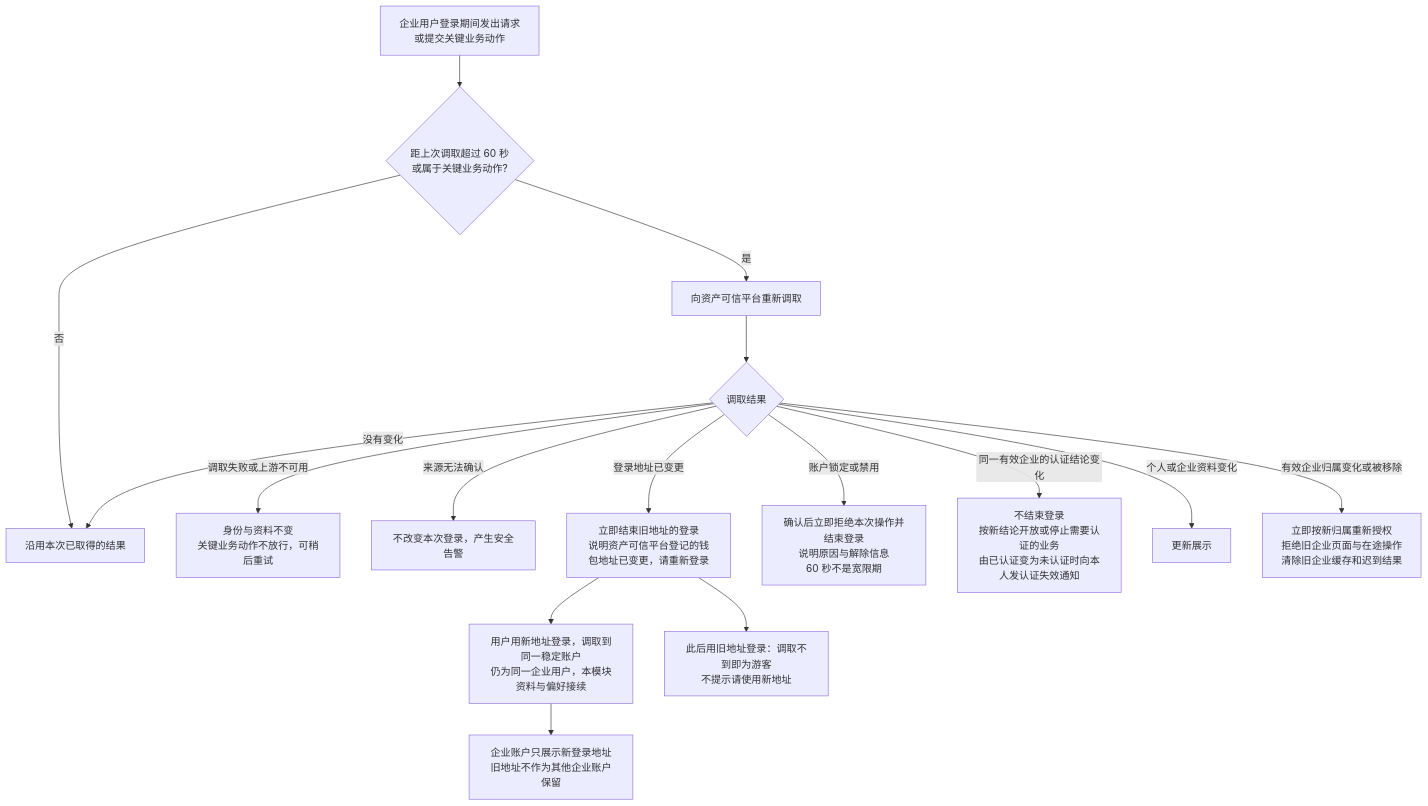
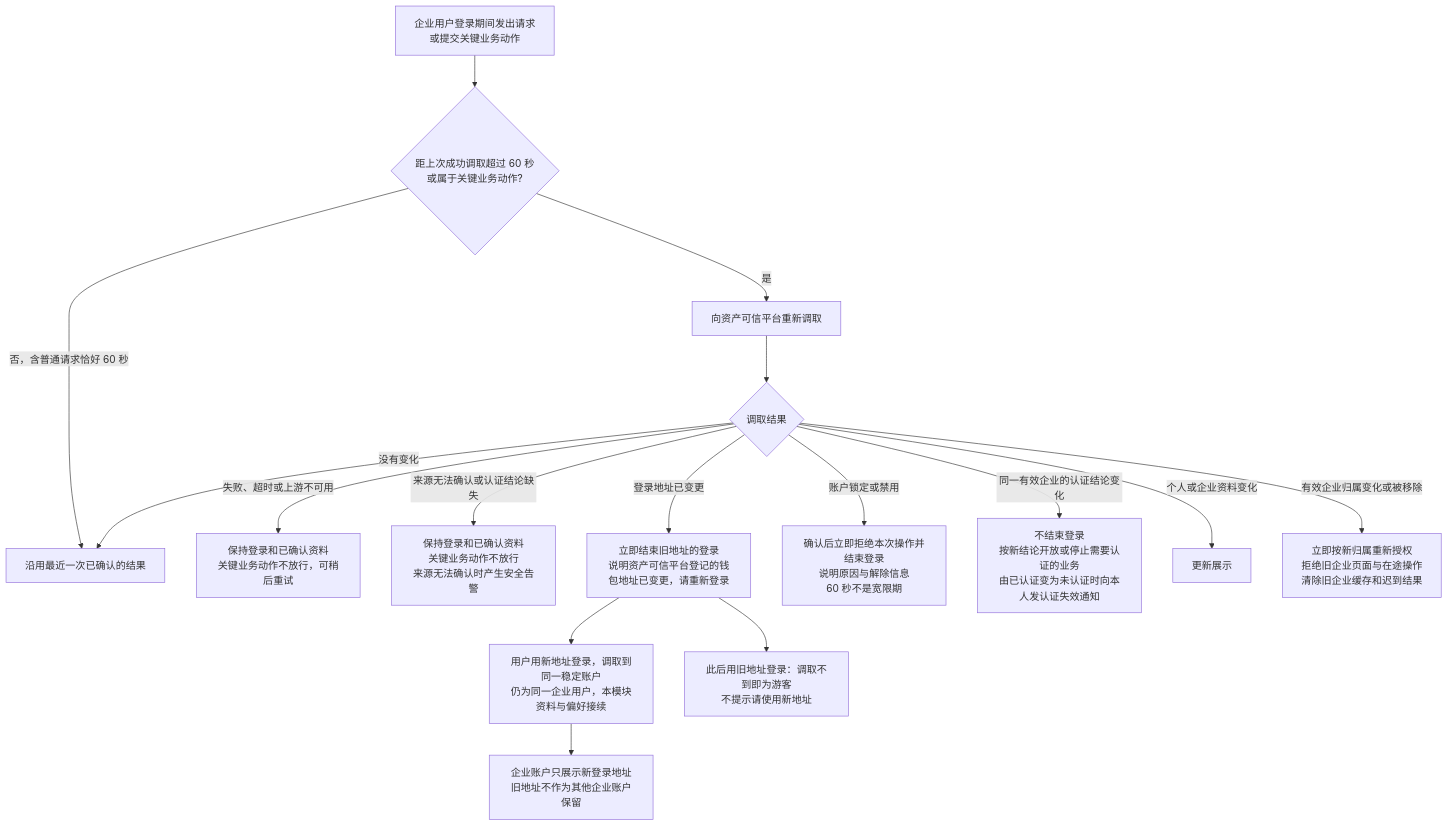
One commit to wxblockchain/Chain-Financing changed the third of 5 diagrams in token-issuance-platform/PRD/面客端/M1-企业登录与企业账户/02-企业登录与企业账户-流程图与状态机.md. Above: the diagram before and after it, drawn with Mermaid. The commit also changed other lines of this file and 2 other files, not shown here.

Commit message:
docs(WS-507): clarify M1 timing boundaries

````diff
--- a/token-issuance-platform/PRD/面客端/M1-企业登录与企业账户/02-企业登录与企业账户-流程图与状态机.md
+++ b/token-issuance-platform/PRD/面客端/M1-企业登录与企业账户/02-企业登录与企业账户-流程图与状态机.md
@@ -64,18 +64,18 @@
 ```mermaid
 flowchart TD
-    A[企业用户登录期间发出请求<br/>或提交关键业务动作] --> B{距上次调取超过 60 秒<br/>或属于关键业务动作?}
-    B -->|否| B1[沿用本次已取得的结果]
+    A[企业用户登录期间发出请求<br/>或提交关键业务动作] --> B{距上次成功调取超过 60 秒<br/>或属于关键业务动作?}
+    B -->|否，含普通请求恰好 60 秒| B1[沿用最近一次已确认的结果]
     B -->|是| C[向资产可信平台重新调取]
     C --> D{调取结果}
-    D -->|调取失败或上游不可用| D1[身份与资料不变<br/>关键业务动作不放行，可稍后重试]
-    D -->|来源无法确认| D2[不改变本次登录，产生安全告警]
+    D -->|失败、超时或上游不可用| D1[保持登录和已确认资料<br/>关键业务动作不放行，可稍后重试]
+    D -->|来源无法确认或认证结论缺失| D2[保持登录和已确认资料<br/>关键业务动作不放行<br/>来源无法确认时产生安全告警]
     D -->|没有变化| B1
     D -->|登录地址已变更| E[立即结束旧地址的登录<br/>说明资产可信平台登记的钱包地址已变更，请重新登录]
     D -->|账户锁定或禁用| F[确认后立即拒绝本次操作并结束登录<br/>说明原因与解除信息<br/>60 秒不是宽限期]
     D -->|同一有效企业的认证结论变化| G[不结束登录<br/>按新结论开放或停止需要认证的业务<br/>由已认证变为未认证时向本人发认证失效通知]
     D -->|个人或企业资料变化| H[更新展示]
     D -->|有效企业归属变化或被移除| H1[立即按新归属重新授权<br/>拒绝旧企业页面与在途操作<br/>清除旧企业缓存和迟到结果]
     E --> I[用户用新地址登录，调取到同一稳定账户<br/>仍为同一企业用户，本模块资料与偏好接续]
     I --> J[企业账户只展示新登录地址<br/>旧地址不作为其他企业账户保留]
     E --> N[此后用旧地址登录：调取不到即为游客<br/>不提示请使用新地址]
 ```
````
